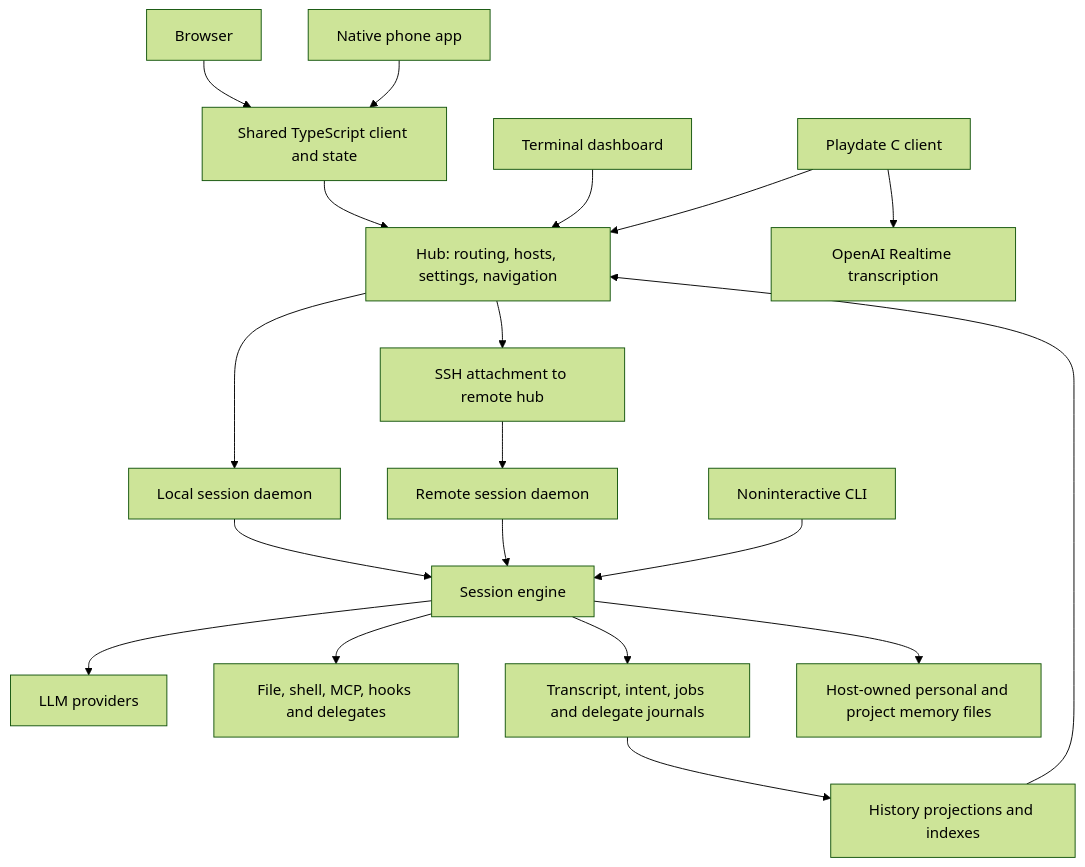
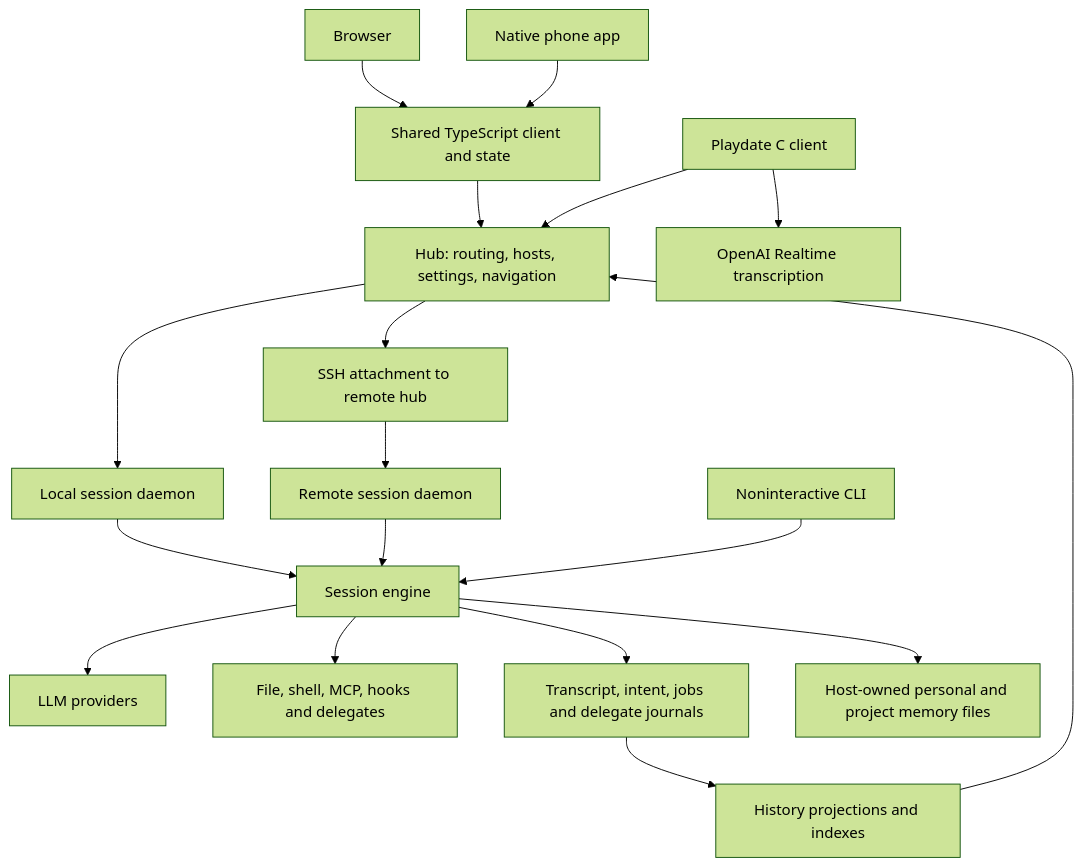
Before and after one commit to anubhavgupta121/evener: the diagram in docs/product/subsystems.md, drawn with Mermaid (forest theme). The commit also changed other lines of this file and 473 other files, not shown here.

````diff
--- a/docs/product/subsystems.md
+++ b/docs/product/subsystems.md
@@ -14,21 +14,20 @@
 ```mermaid
 flowchart TD
     Web[Browser] --> TS[Shared TypeScript client and state]
     Native[Native phone app] --> TS
     TS --> Hub[Hub: routing, hosts, settings, navigation]
-    TUI[Terminal dashboard] --> Hub
     Playdate[Playdate C client] --> Hub
     Playdate --> Transcription[OpenAI Realtime transcription]
     Hub --> Local[Local session daemon]
     Hub --> Remote[SSH attachment to remote hub]
     Remote --> RemoteDaemon[Remote session daemon]
     Local --> Agent[Session engine]
     RemoteDaemon --> Agent
     CLI[Noninteractive CLI] --> Agent
     Agent --> Providers[LLM providers]
     Agent --> Tools[File, shell, MCP, hooks and delegates]
     Agent --> State[Transcript, intent, jobs and delegate journals]
     Agent --> Memory[Host-owned personal and project memory files]
     State --> Views[History projections and indexes]
     Views --> Hub
 ```
````
